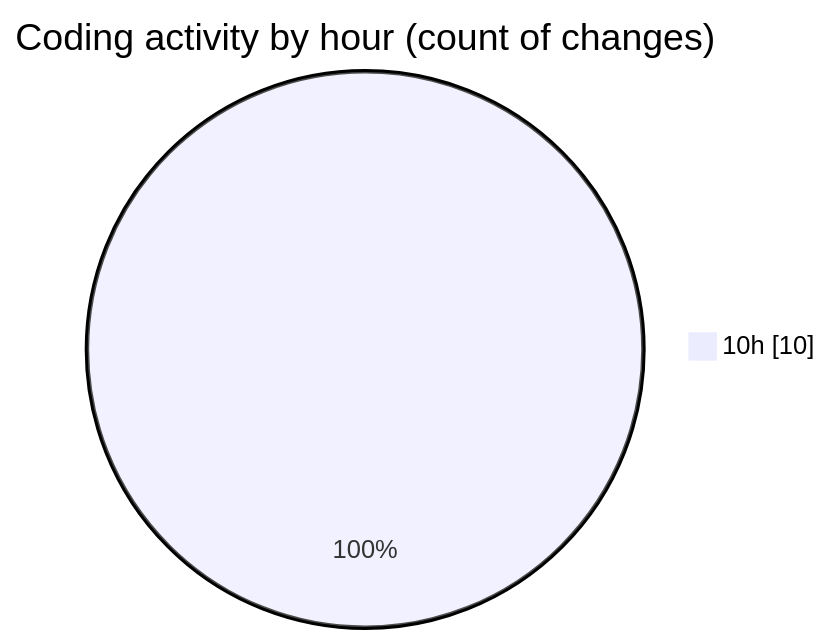
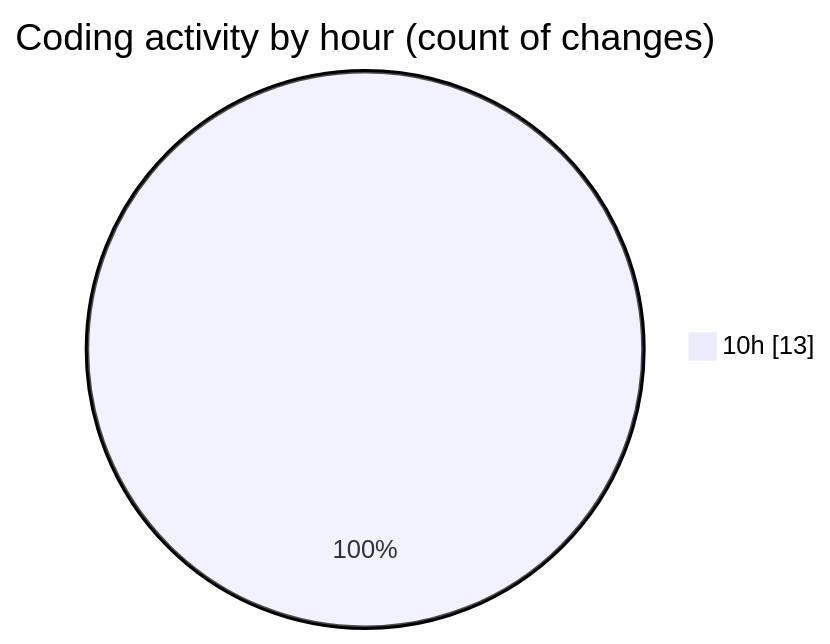
The second of 2 diagrams in 2025-02-03/termonied-web/README.md (robertbonfada/code-tracking), drawn with Mermaid before and after one commit. The commit also changed other lines of this file and 1 other file, not shown here.

````diff
--- a/2025-02-03/termonied-web/README.md
+++ b/2025-02-03/termonied-web/README.md
@@ -30,5 +31,5 @@
 ```mermaid
 pie showData
 title Coding activity by hour (count of changes)
-"10h" : 10
+"10h" : 13
 ```
````
